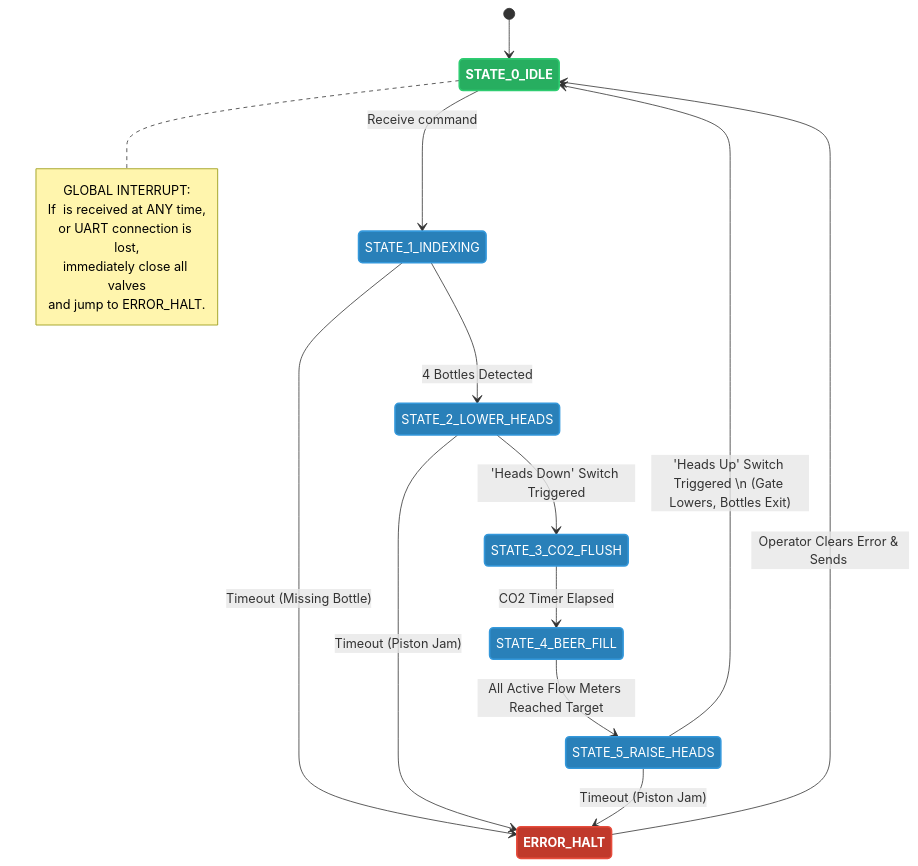
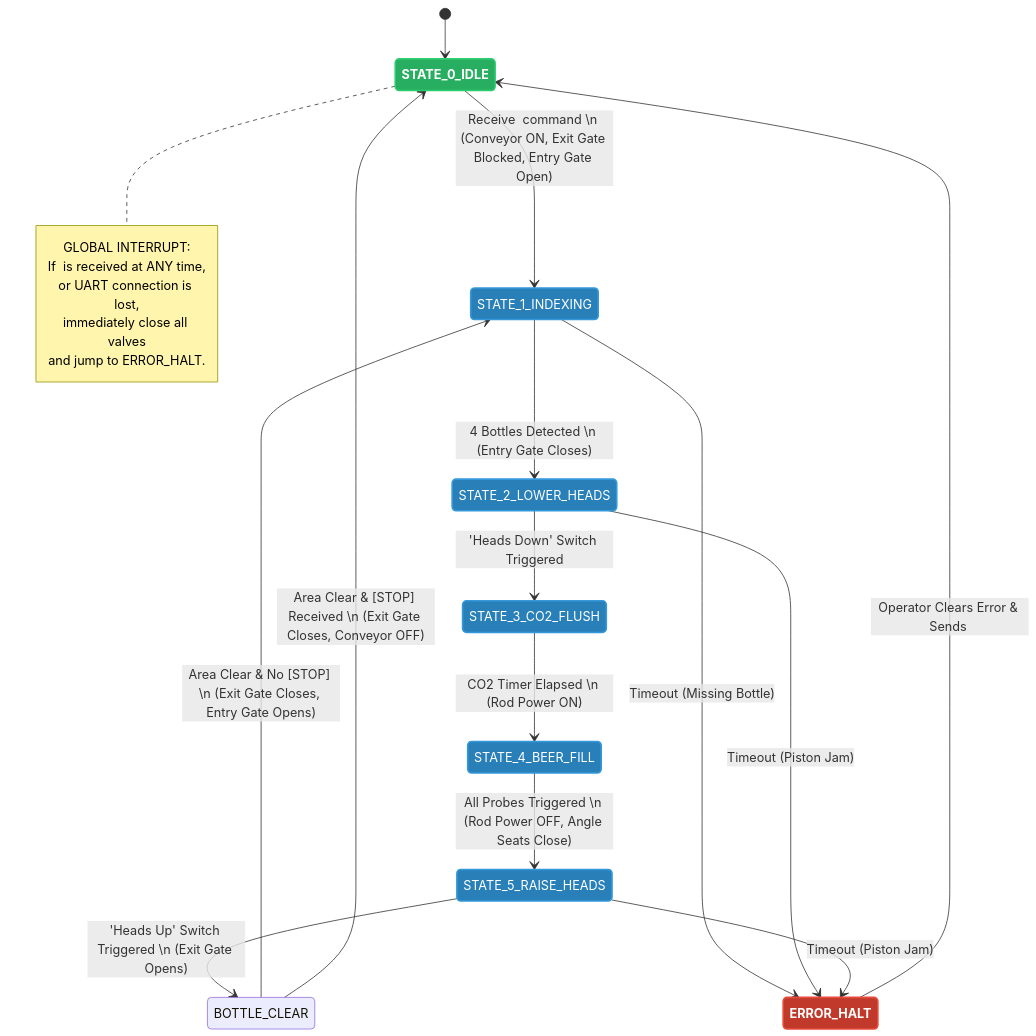
The diagram in architecture/worker_software.md (sibrendebast/bottlebot), drawn with Mermaid before and after one commit. The commit also changed 7 other files, not shown here.

First line of the commit message:
Implement dual-gate indexing, resistive level sensing, and HMI communication link

```diff
--- a/architecture/worker_software.md
+++ b/architecture/worker_software.md
@@ -1,41 +1,44 @@
 ::: mermaid
 stateDiagram-v2
     %% Define styles
     classDef safe fill:#27ae60,color:white,font-weight:bold,stroke:#2ecc71,stroke-width:2px;
     classDef action fill:#2980b9,color:white,stroke:#3498db,stroke-width:2px;
     classDef danger fill:#c0392b,color:white,font-weight:bold,stroke:#e74c3c,stroke-width:2px;
 
     %% Nodes
     [*] --> STATE_0_IDLE
     
-    STATE_0_IDLE --> STATE_1_INDEXING : Receive <START> command
+    STATE_0_IDLE --> STATE_1_INDEXING : Receive <START> command \n (Conveyor ON, Exit Gate Blocked, Entry Gate Open)
     
-    STATE_1_INDEXING --> STATE_2_LOWER_HEADS : 4 Bottles Detected
+    STATE_1_INDEXING --> STATE_2_LOWER_HEADS : 4 Bottles Detected \n (Entry Gate Closes)
     STATE_1_INDEXING --> ERROR_HALT : Timeout (Missing Bottle)
     
     STATE_2_LOWER_HEADS --> STATE_3_CO2_FLUSH : 'Heads Down' Switch Triggered
     STATE_2_LOWER_HEADS --> ERROR_HALT : Timeout (Piston Jam)
     
-    STATE_3_CO2_FLUSH --> STATE_4_BEER_FILL : CO2 Timer Elapsed
+    STATE_3_CO2_FLUSH --> STATE_4_BEER_FILL : CO2 Timer Elapsed \n (Rod Power ON)
     
-    STATE_4_BEER_FILL --> STATE_5_RAISE_HEADS : All Active Flow Meters Reached Target
+    STATE_4_BEER_FILL --> STATE_5_RAISE_HEADS : All Probes Triggered \n (Rod Power OFF, Angle Seats Close)
     
-    STATE_5_RAISE_HEADS --> STATE_0_IDLE : 'Heads Up' Switch Triggered \n (Gate Lowers, Bottles Exit)
+    STATE_5_RAISE_HEADS --> BOTTLE_CLEAR : 'Heads Up' Switch Triggered \n (Exit Gate Opens)
     STATE_5_RAISE_HEADS --> ERROR_HALT : Timeout (Piston Jam)
+
+    BOTTLE_CLEAR --> STATE_1_INDEXING : Area Clear & No [STOP] \n (Exit Gate Closes, Entry Gate Opens)
+    BOTTLE_CLEAR --> STATE_0_IDLE : Area Clear & [STOP] Received \n (Exit Gate Closes, Conveyor OFF)
     
     ERROR_HALT --> STATE_0_IDLE : Operator Clears Error & Sends <START>
 
     %% Apply Styles
     class STATE_0_IDLE safe
     class STATE_1_INDEXING,STATE_2_LOWER_HEADS,STATE_3_CO2_FLUSH,STATE_4_BEER_FILL,STATE_5_RAISE_HEADS action
     class ERROR_HALT danger
 
     %% Note for Global E-Stop
     note right of STATE_0_IDLE
         GLOBAL INTERRUPT:
         If <ESTOP> is received at ANY time,
         or UART connection is lost,
         immediately close all valves
         and jump to ERROR_HALT.
     end note
 :::
```
